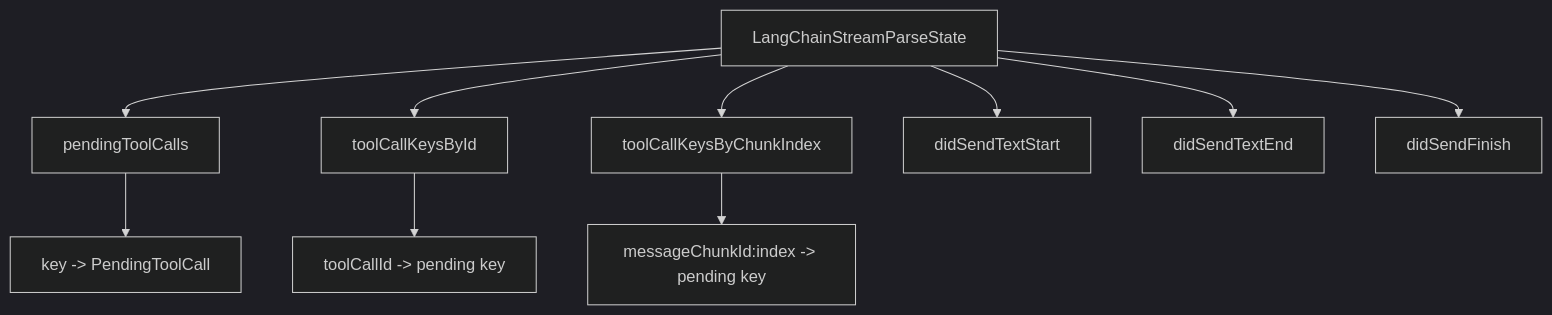
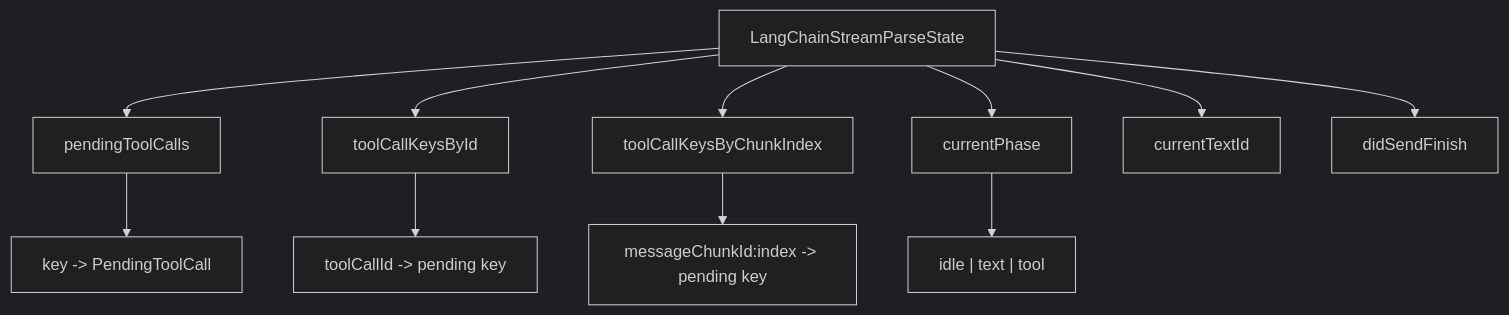
The second of 9 diagrams in apps/web/src/lib/chat/langchain-stream-parser-flow.md (rzx007/digital-employe-client-web-m), drawn with Mermaid (dark theme) before and after one commit. The commit also changed other lines of this file and 23 other files, not shown here.

````diff
--- a/apps/web/src/lib/chat/langchain-stream-parser-flow.md
+++ b/apps/web/src/lib/chat/langchain-stream-parser-flow.md
@@ -71,13 +75,14 @@
 ```mermaid
 flowchart TD
   A[LangChainStreamParseState] --> B[pendingToolCalls]
   A --> C[toolCallKeysById]
   A --> D[toolCallKeysByChunkIndex]
-  A --> E[didSendTextStart]
-  A --> F[didSendTextEnd]
+  A --> E[currentPhase]
+  A --> F[currentTextId]
   A --> G[didSendFinish]
 
   B --> B1[key -> PendingToolCall]
   C --> C1[toolCallId -> pending key]
   D --> D1[messageChunkId:index -> pending key]
+  E --> E1["idle | text | tool"]
 ```
````
